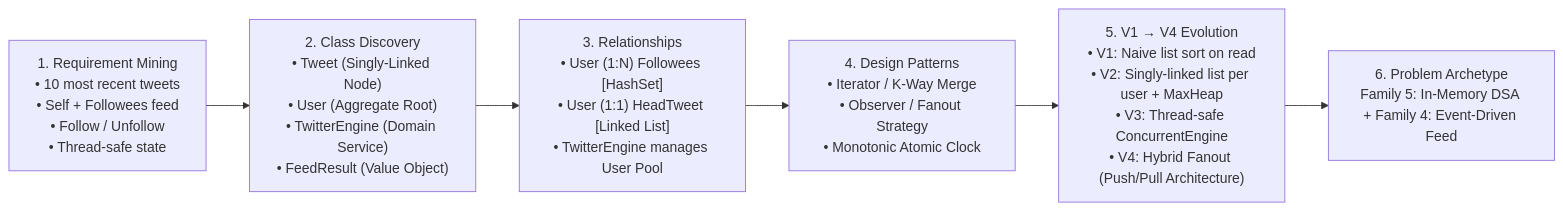
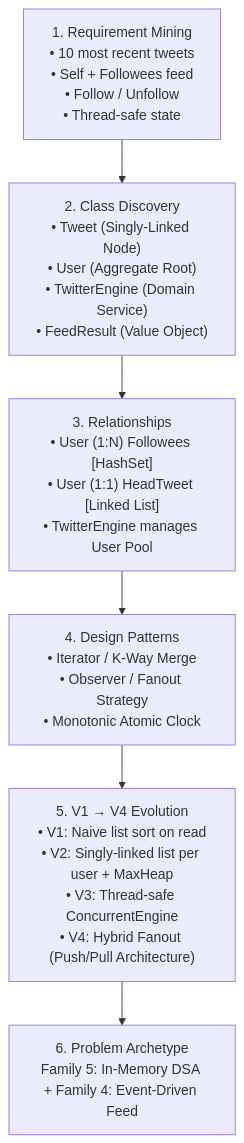
The first of 3 diagrams in LLD/03_Tier3_DSA_Screening/30_Social_Media_Feed_Twitter.md (dip4k/DSA_102), drawn with Mermaid before and after one commit. The commit also changed other lines of this file and 191 other files, not shown here.

````diff
--- a/LLD/03_Tier3_DSA_Screening/30_Social_Media_Feed_Twitter.md
+++ b/LLD/03_Tier3_DSA_Screening/30_Social_Media_Feed_Twitter.md
@@ -23,8 +23,8 @@
 ```mermaid
-flowchart LR
-    A["1. Requirement Mining\n• 10 most recent tweets\n• Self + Followees feed\n• Follow / Unfollow\n• Thread-safe state"] --> B["2. Class Discovery\n• Tweet (Singly-Linked Node)\n• User (Aggregate Root)\n• TwitterEngine (Domain Service)\n• FeedResult (Value Object)"]
-    B --> C["3. Relationships\n• User (1:N) Followees [HashSet]\n• User (1:1) HeadTweet [Linked List]\n• TwitterEngine manages User Pool"]
-    C --> D["4. Design Patterns\n• Iterator / K-Way Merge\n• Observer / Fanout Strategy\n• Monotonic Atomic Clock"]
-    D --> E["5. V1 → V4 Evolution\n• V1: Naive list sort on read\n• V2: Singly-linked list per user + MaxHeap\n• V3: Thread-safe ConcurrentEngine\n• V4: Hybrid Fanout (Push/Pull Architecture)"]
-    E --> F["6. Problem Archetype\nFamily 5: In-Memory DSA + Family 4: Event-Driven Feed"]
+flowchart TD
+    A["1. Requirement Mining<br/>• 10 most recent tweets<br/>• Self + Followees feed<br/>• Follow / Unfollow<br/>• Thread-safe state"] --> B["2. Class Discovery<br/>• Tweet (Singly-Linked Node)<br/>• User (Aggregate Root)<br/>• TwitterEngine (Domain Service)<br/>• FeedResult (Value Object)"]
+    B --> C["3. Relationships<br/>• User (1:N) Followees [HashSet]<br/>• User (1:1) HeadTweet [Linked List]<br/>• TwitterEngine manages User Pool"]
+    C --> D["4. Design Patterns<br/>• Iterator / K-Way Merge<br/>• Observer / Fanout Strategy<br/>• Monotonic Atomic Clock"]
+    D --> E["5. V1 → V4 Evolution<br/>• V1: Naive list sort on read<br/>• V2: Singly-linked list per user + MaxHeap<br/>• V3: Thread-safe ConcurrentEngine<br/>• V4: Hybrid Fanout (Push/Pull Architecture)"]
+    E --> F["6. Problem Archetype<br/>Family 5: In-Memory DSA + Family 4: Event-Driven Feed"]
 ```
````
